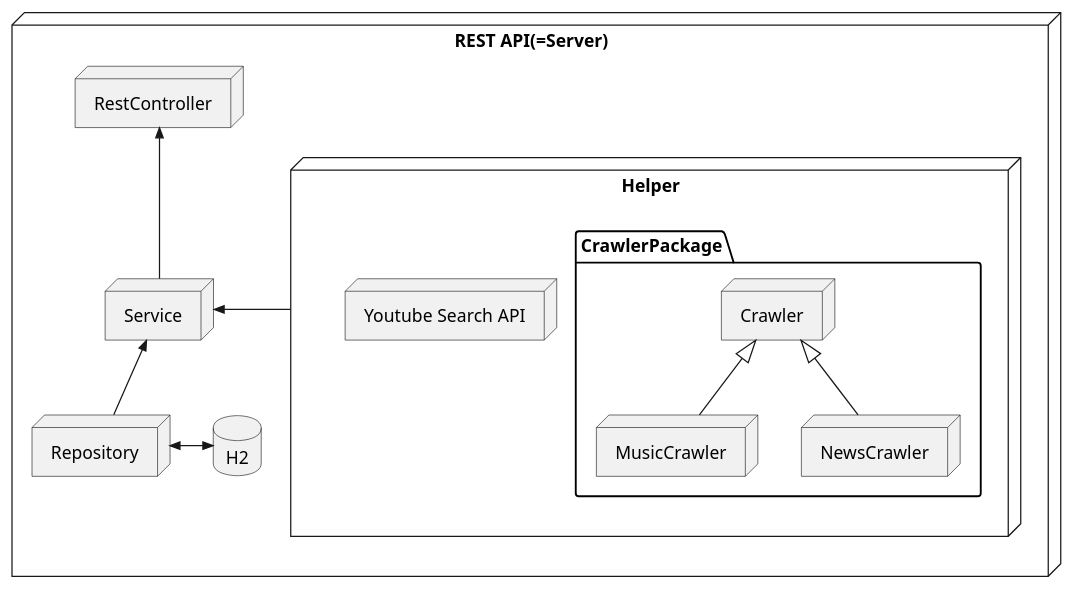
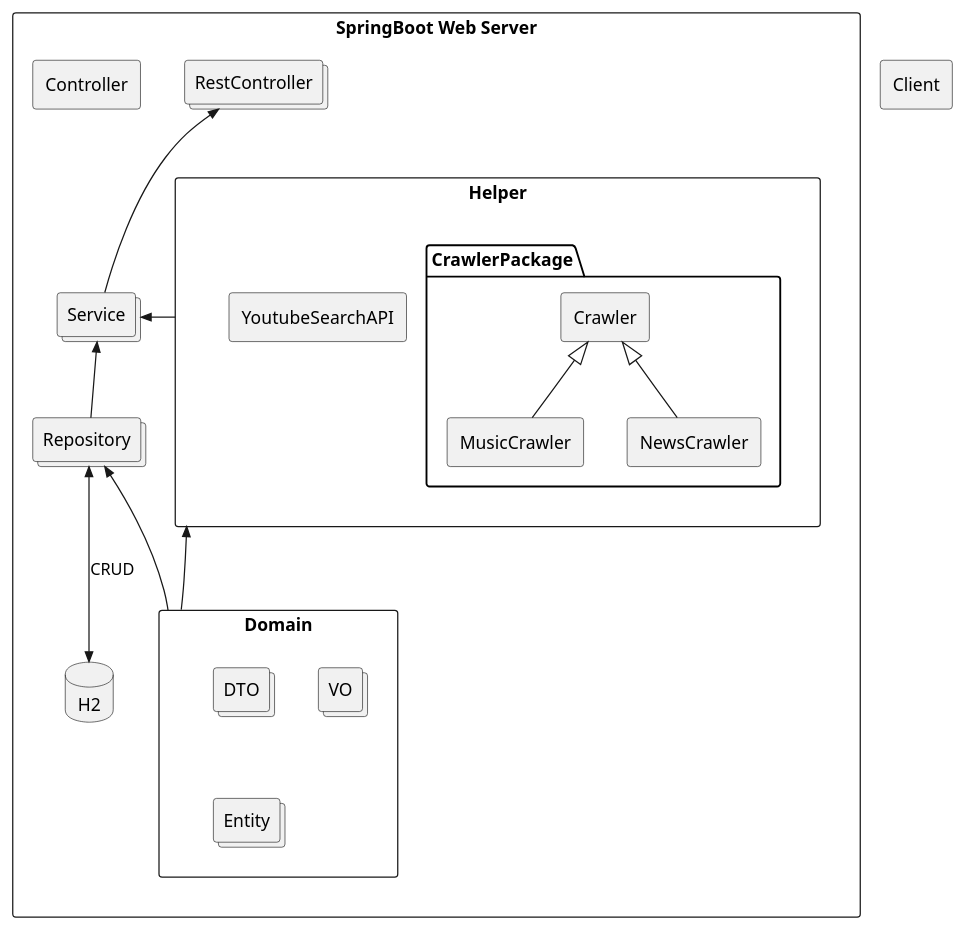
One commit to JunilHwang/zum_pilot changed the second of 3 diagrams in docs/Architecture.md. Above: the diagram before and after it, drawn with PlantUML. The commit also changed other lines of this file, not shown here.

Commit message:
Architecture 중간 저장

```diff
--- a/docs/Architecture.md
+++ b/docs/Architecture.md
@@ -37,23 +36,34 @@
 @startuml
-node "REST API(=Server)" {
-  node Helper {
-    node "Youtube Search API" as YSA
+rectangle "SpringBoot Web Server" {
+  rectangle Helper {
+    rectangle YoutubeSearchAPI as YSA
     package CrawlerPackage {
-      node "MusicCrawler"
-      node "NewsCrawler"
-      node "Crawler" 
+      rectangle MusicCrawler
+      rectangle NewsCrawler
+      rectangle Crawler
     }
   }
-  node Service
-  node Repository
-  node RestController
+  rectangle Domain {
+    collections DTO
+    collections VO
+    collections Entity
+  }
+  collections Service
+  collections Repository
+  collections RestController
+  agent Controller
   database H2
 }
+
+rectangle Client
 
 Crawler <|-- MusicCrawler
 Crawler <|-- NewsCrawler
 RestController <<-- Service
 Service <<-- Repository
-Repository <<->> H2
-Service <<- Helper
+Repository <<-->> H2 : CRUD
+Service <<- Helper 
+Repository <<-- Domain  
+Helper <<- Domain
+
 @enduml
```
